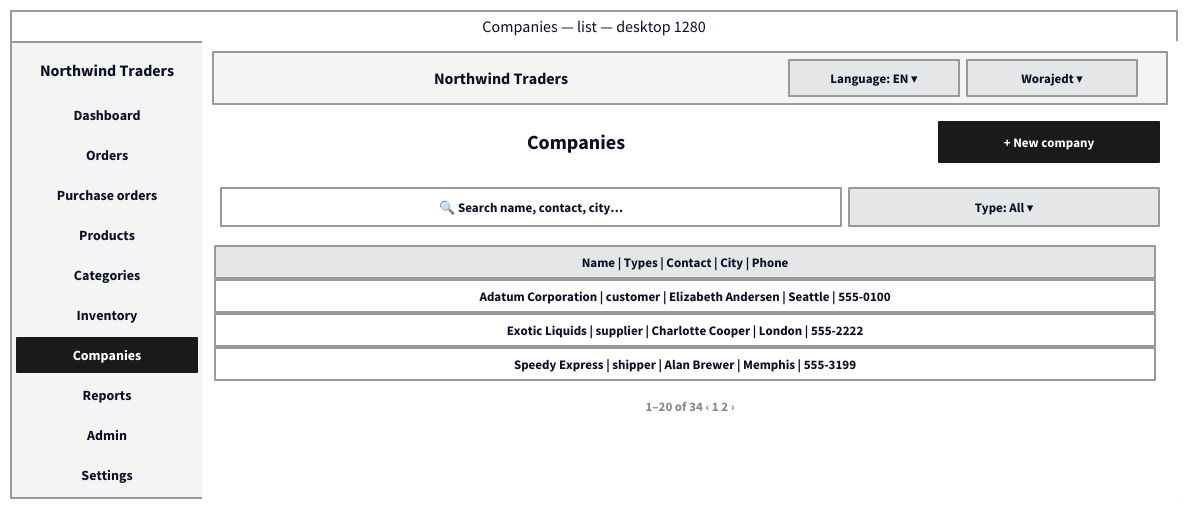
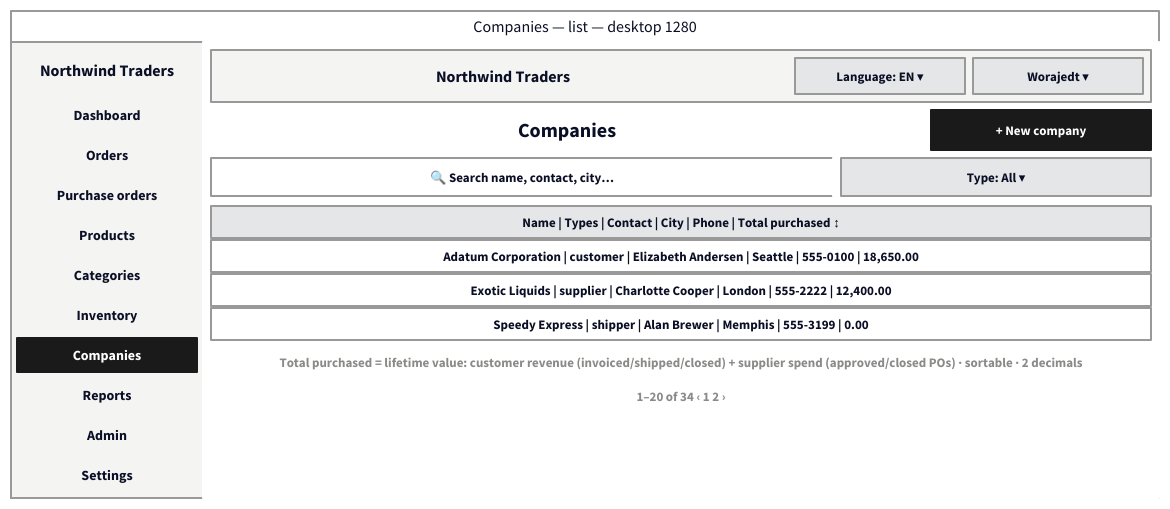
Before and after one commit to jedt3d/northwind-design: the diagram in docs/07-wireframes/03-companies-list.desktop.d2, drawn with D2. The commit also changed 99 other files, not shown here.

Commit message:
feat: dashboard analytics (7 chart panels), companies lifetime totals, table header alignment fix; docs+wireframes updated; 86 tests green

```diff
--- a/docs/07-wireframes/03-companies-list.desktop.d2
+++ b/docs/07-wireframes/03-companies-list.desktop.d2
@@ -1,88 +1,92 @@
 # PRD: F3 Companies list (desktop 1280)
 # GUI wireframe: one page frame, sidebar left, topbar on top, content zones stacked.
 direction: down
 
 classes: {
   frame: {style: {fill: "#ffffff"; stroke: "#999999"; stroke-width: 2; font-size: 16}}
   plain: {style: {fill: "#ffffff"; stroke: "#ffffff"}}
   bar: {style: {fill: "#f4f4f3"; stroke: "#999999"}}
   barlbl: {style: {fill: "#f4f4f3"; stroke: "#f4f4f3"}}
   slogo: {style: {fill: "#f4f4f3"; stroke: "#f4f4f3"; bold: true; font-size: 16}}
   nav: {style: {fill: "#f4f4f3"; stroke: "#f4f4f3"; font-size: 14}}
   navon: {style: {fill: "#1a1a1a"; stroke: "#1a1a1a"; font-color: "#ffffff"; font-size: 14}}
   h1: {style: {fill: "#ffffff"; stroke: "#ffffff"; bold: true; font-size: 20}}
   txt: {style: {fill: "#ffffff"; stroke: "#ffffff"; font-size: 13}}
   muted: {style: {fill: "#ffffff"; stroke: "#ffffff"; font-color: "#8a8a88"; font-size: 13}}
   zone: {style: {fill: "#ffffff"; stroke: "#999999"; font-size: 13}}
   field: {style: {fill: "#ffffff"; stroke: "#999999"; font-size: 13}}
   btn: {style: {fill: "#e5e6e8"; stroke: "#999999"; font-size: 13}}
   primary: {style: {fill: "#1a1a1a"; stroke: "#1a1a1a"; font-color: "#ffffff"; font-size: 13}}
   head: {style: {fill: "#e5e6e8"; stroke: "#999999"; bold: true; font-size: 13}}
   cell: {style: {fill: "#ffffff"; stroke: "#999999"; font-size: 13}}
 }
 
 page: {
   label: "Companies — list — desktop 1280"
   class: frame
   grid-columns: 2
   grid-gap: 0
   sidebar: {
     label: ""
     class: bar
     grid-columns: 1
     grid-gap: 6
     logo: {label: "Northwind Traders"; class: slogo; width: 180; height: 44}
     n0: {label: "Dashboard"; class: nav; width: 180; height: 34}
     n1: {label: "Orders"; class: nav; width: 180; height: 34}
     n2: {label: "Purchase orders"; class: nav; width: 180; height: 34}
     n3: {label: "Products"; class: nav; width: 180; height: 34}
     n4: {label: "Categories"; class: nav; width: 180; height: 34}
     n5: {label: "Inventory"; class: nav; width: 180; height: 34}
     n6: {label: "Companies"; class: navon; width: 180; height: 34}
     n7: {label: "Reports"; class: nav; width: 180; height: 34}
     n8: {label: "Admin"; class: nav; width: 180; height: 34}
     n9: {label: "Settings"; class: nav; width: 180; height: 34}
   }
   main: {
     label: ""
     class: plain
     grid-columns: 1
-    grid-gap: 10
+    grid-gap: 8
     topbar: {
       label: ""
       class: bar
       grid-columns: 3
       grid-gap: 8
-      apptitle: {label: "Northwind Traders"; class: barlbl; width: 560; height: 36}
+      apptitle: {label: "Northwind Traders"; class: barlbl; width: 568; height: 36}
       lang: {label: "Language: EN ▾"; class: btn; width: 170; height: 36}
       user: {label: "Worajedt ▾"; class: btn; width: 170; height: 36}
     }
     hdr: {
       label: ""
       class: plain
-      grid-columns: 2
-      grid-gap: 8
-      h1: {label: "Companies"; class: h1; width: 710; height: 40}
+      grid-columns: 3
+      grid-gap: 0
+      h1: {label: "Companies"; class: h1; width: 712; height: 40}
+      gsp1: {label: ""; class: plain; width: 8; height: 40}
       new: {label: "+ New company"; class: primary; width: 220; height: 40}
     }
     tools: {
       label: ""
       class: plain
-      grid-columns: 2
-      grid-gap: 8
-      search: {label: "🔍 Search name, contact, city…"; class: field; width: 620; height: 38}
+      grid-columns: 3
+      grid-gap: 0
+      search: {label: "🔍 Search name, contact, city…"; class: field; width: 622; height: 38}
+      gsp1: {label: ""; class: plain; width: 8; height: 38}
       filt: {label: "Type: All ▾"; class: btn; width: 310; height: 38}
     }
     table: {
       label: ""
       class: plain
       grid-columns: 1
-      grid-gap: 2
-      hd: {label: "Name | Types | Contact | City | Phone"; class: head; width: 940; height: 32}
-      r0: {label: "Adatum Corporation | customer | Elizabeth Andersen | Seattle | 555-0100"; class: cell; width: 940; height: 32}
-      r1: {label: "Exotic Liquids | supplier | Charlotte Cooper | London | 555-2222"; class: cell; width: 940; height: 32}
-      r2: {label: "Speedy Express | shipper | Alan Brewer | Memphis | 555-3199"; class: cell; width: 940; height: 32}
+      horizontal-gap: 0
+      vertical-gap: 2
+      hd: {label: "Name | Types | Contact | City | Phone | Total purchased ↕"; class: head; width: 940; height: 32}
+      r0: {label: "Adatum Corporation | customer | Elizabeth Andersen | Seattle | 555-0100 | 18,650.00"; class: cell; width: 940; height: 32}
+      r1: {label: "Exotic Liquids | supplier | Charlotte Cooper | London | 555-2222 | 12,400.00"; class: cell; width: 940; height: 32}
+      r2: {label: "Speedy Express | shipper | Alan Brewer | Memphis | 555-3199 | 0.00"; class: cell; width: 940; height: 32}
     }
+    note: {label: "Total purchased = lifetime value: customer revenue (invoiced/shipped/closed) + supplier spend (approved/closed POs) · sortable · 2 decimals"; class: muted; width: 940; height: 24}
     pager: {label: "1–20 of 34    ‹  1  2  ›"; class: muted; width: 940; height: 28}
   }
 }
```
